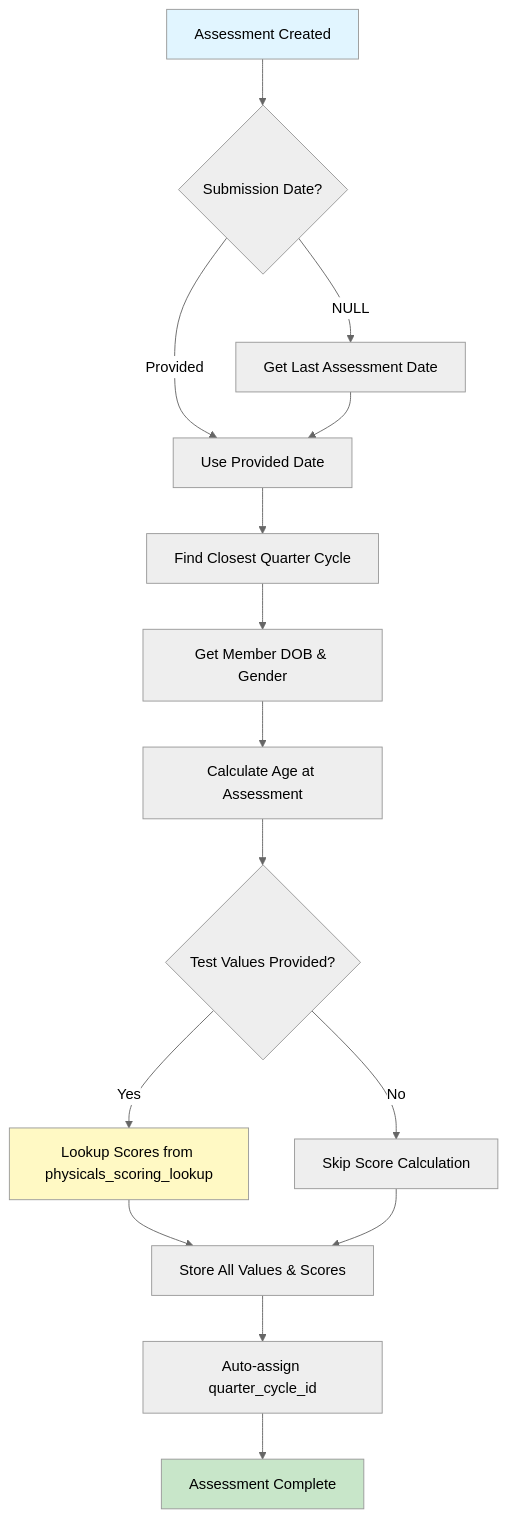
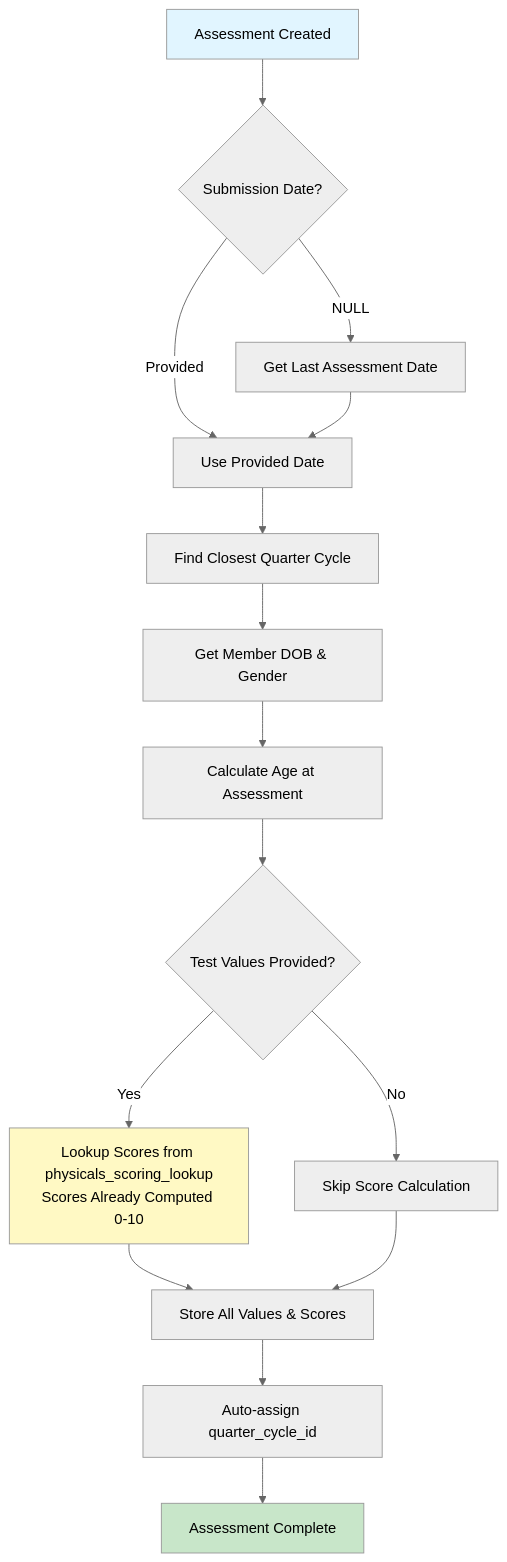
Before and after one commit to towshau/physicals_v2: the fifth of 9 diagrams in README.md, drawn with Mermaid (neutral theme). The commit also changed other lines of this file, not shown here.

Commit message:
Update README: clarify score calculation and add fallback logic diagram

````diff
--- a/README.md
+++ b/README.md
@@ -136,21 +136,21 @@
 ```mermaid
 flowchart TD
     A[Assessment Created] --> B{Submission Date?}
     B -->|NULL| C[Get Last Assessment Date]
     B -->|Provided| D[Use Provided Date]
     C --> D
     D --> E[Find Closest Quarter Cycle]
     E --> F[Get Member DOB & Gender]
     F --> G[Calculate Age at Assessment]
     G --> H{Test Values Provided?}
-    H -->|Yes| I[Lookup Scores from physicals_scoring_lookup]
+    H -->|Yes| I[Lookup Scores from physicals_scoring_lookup<br/>Scores Already Computed 0-10]
     H -->|No| J[Skip Score Calculation]
     I --> K[Store All Values & Scores]
     J --> K
     K --> L[Auto-assign quarter_cycle_id]
     L --> M[Assessment Complete]
     
     style A fill:#e1f5ff
     style M fill:#c8e6c9
     style I fill:#fff9c4
 ```
````
